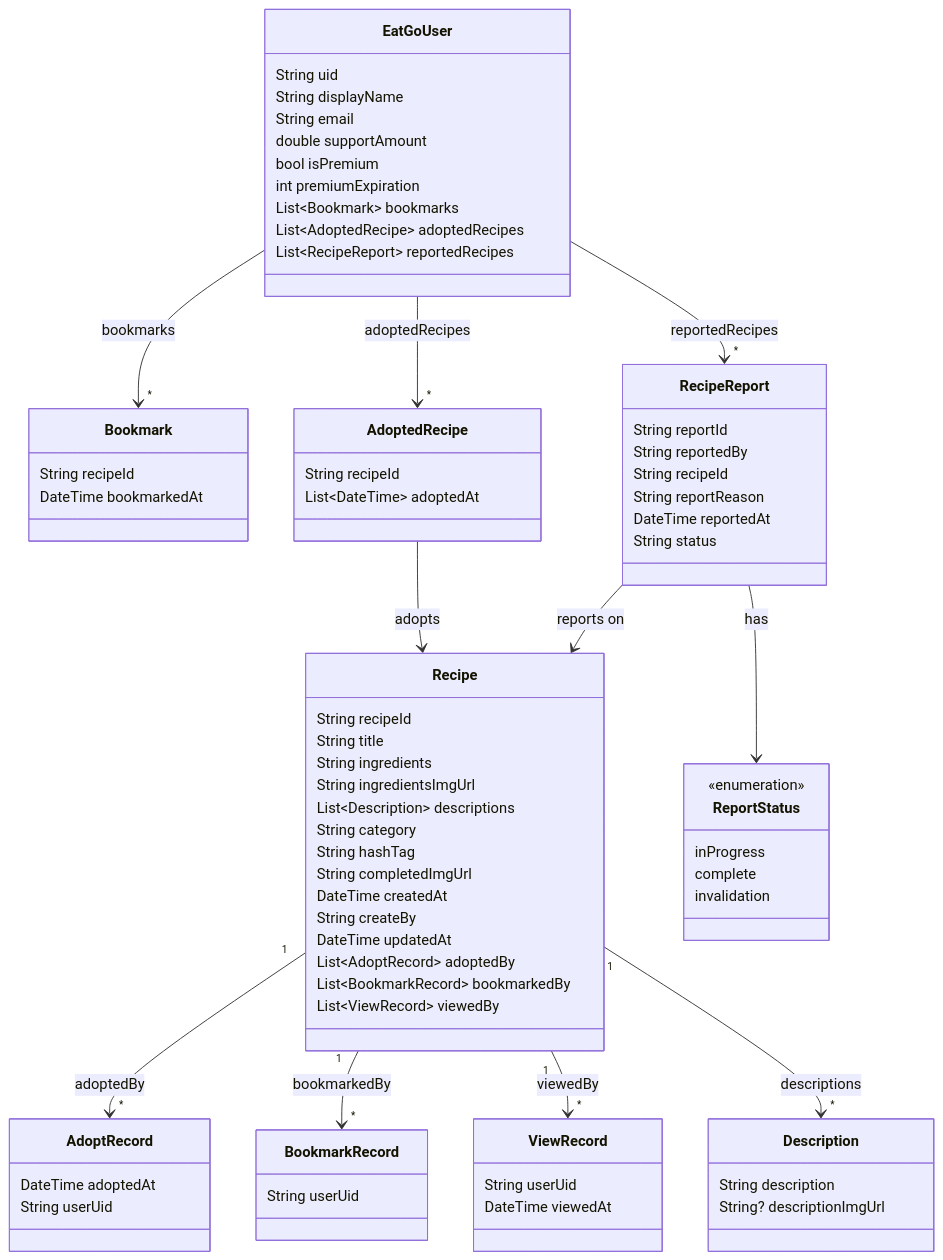
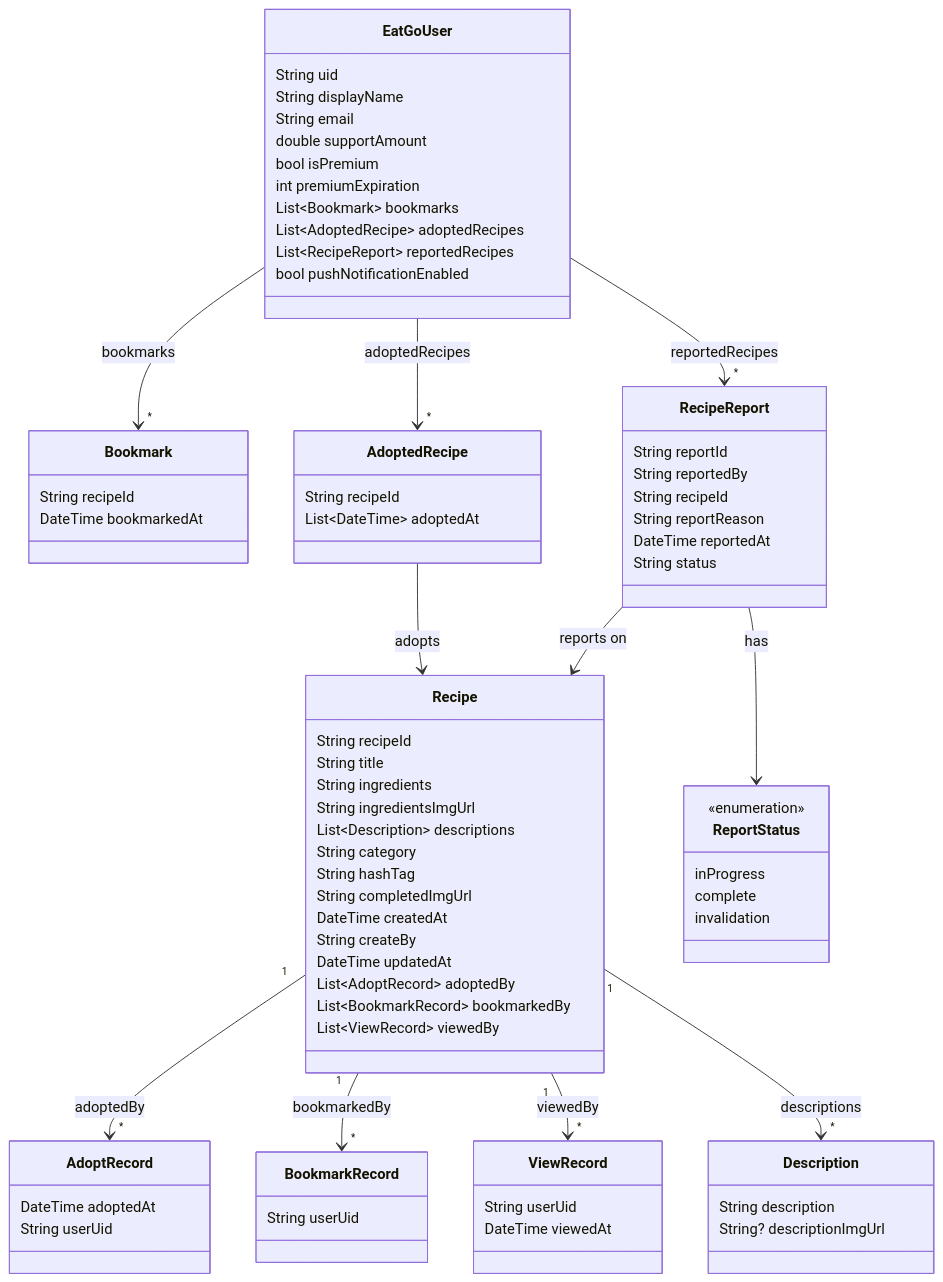
The diagram in README.md (kangsudal/Eat-Go), drawn with Mermaid before and after one commit. The commit also changed 7 other files, not shown here.

Commit message:
필드 pushNotificationEnabled=true 추가, Admin기능 추가

```diff
--- a/README.md
+++ b/README.md
@@ -119,6 +119,7 @@
         List~Bookmark~ bookmarks
         List~AdoptedRecipe~ adoptedRecipes
         List~RecipeReport~ reportedRecipes
+        bool pushNotificationEnabled
     }
 
     class ViewRecord {
```
